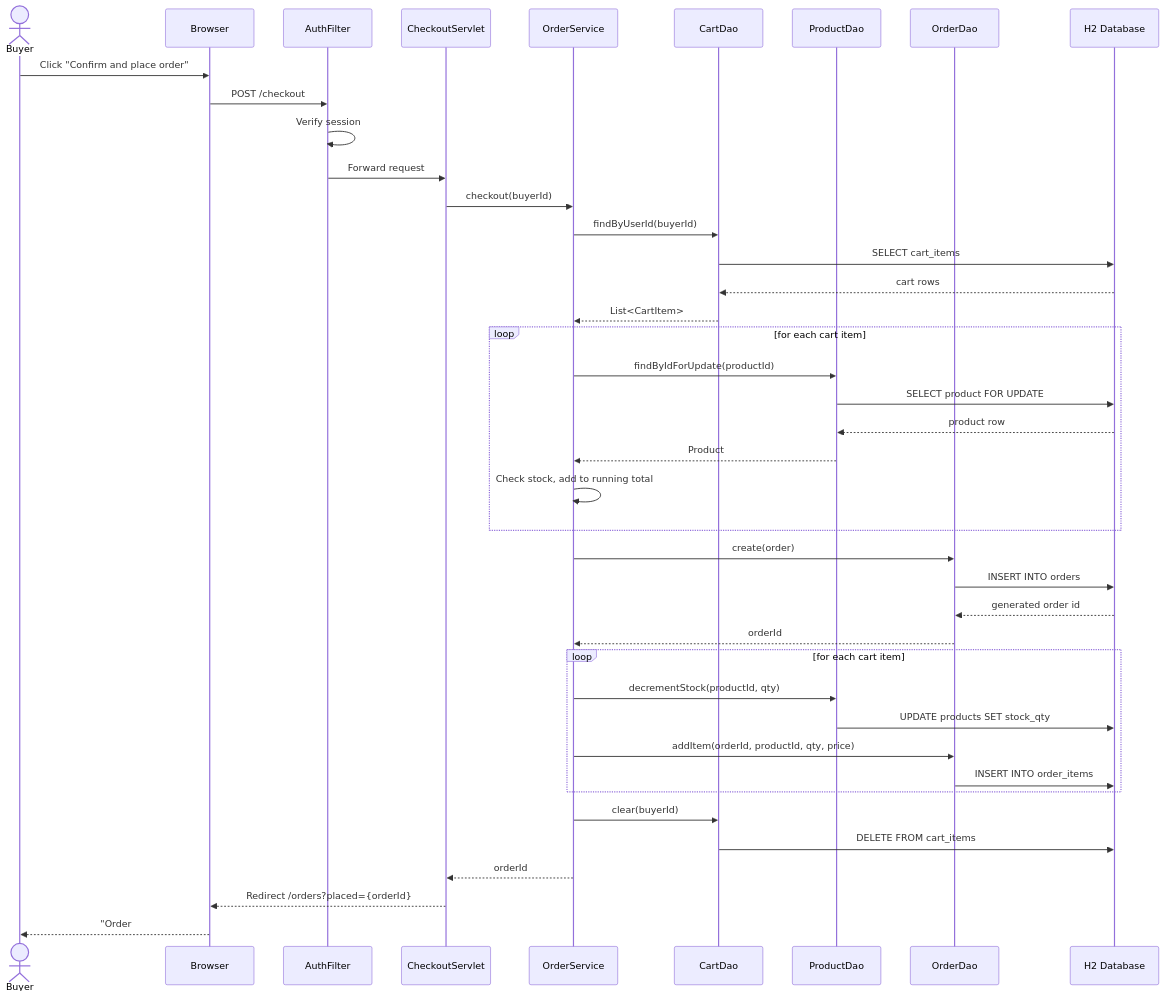
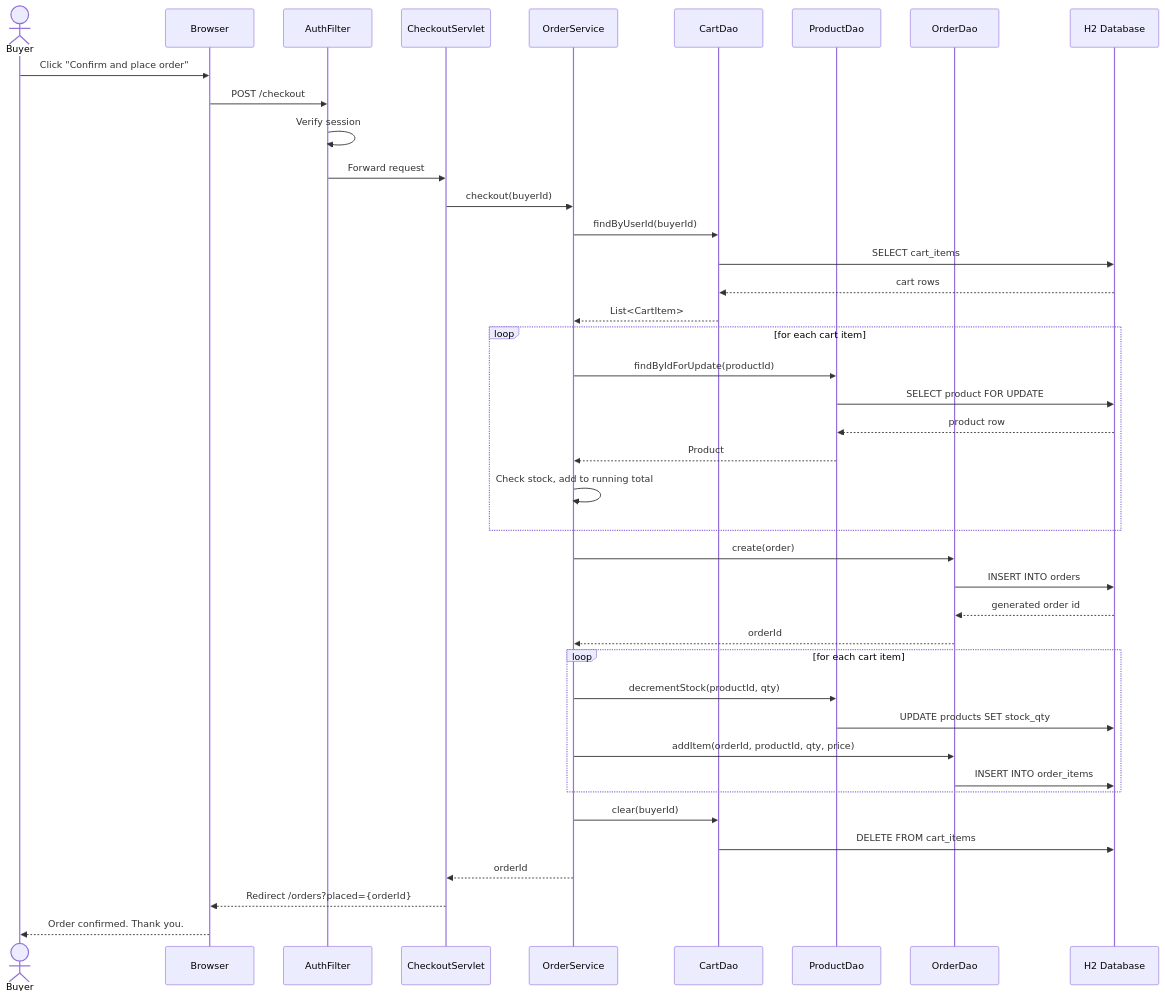
Before and after one commit to MahashriTA-sudo/Mahashri-mart: the diagram in docs/D3-Sequence-diagram.mermaid, drawn with Mermaid. The commit also changed 2 other files, not shown here.

Commit message:
docs: refresh ER diagram image and fix sequence diagram label

```diff
--- a/docs/D3-Sequence-diagram.mermaid
+++ b/docs/D3-Sequence-diagram.mermaid
@@ -1,48 +1,48 @@
 sequenceDiagram
     actor Buyer
     participant Browser
     participant AuthFilter
     participant CheckoutServlet
     participant OrderService
     participant CartDao
     participant ProductDao
     participant OrderDao
     participant Database as H2 Database
 
     Buyer->>Browser: Click "Confirm and place order"
     Browser->>AuthFilter: POST /checkout
     AuthFilter->>AuthFilter: Verify session
     AuthFilter->>CheckoutServlet: Forward request
     CheckoutServlet->>OrderService: checkout(buyerId)
 
     OrderService->>CartDao: findByUserId(buyerId)
     CartDao->>Database: SELECT cart_items
     Database-->>CartDao: cart rows
     CartDao-->>OrderService: List<CartItem>
 
     loop for each cart item
         OrderService->>ProductDao: findByIdForUpdate(productId)
         ProductDao->>Database: SELECT product FOR UPDATE
         Database-->>ProductDao: product row
         ProductDao-->>OrderService: Product
         OrderService->>OrderService: Check stock, add to running total
     end
 
     OrderService->>OrderDao: create(order)
     OrderDao->>Database: INSERT INTO orders
     Database-->>OrderDao: generated order id
     OrderDao-->>OrderService: orderId
 
     loop for each cart item
         OrderService->>ProductDao: decrementStock(productId, qty)
         ProductDao->>Database: UPDATE products SET stock_qty
         OrderService->>OrderDao: addItem(orderId, productId, qty, price)
         OrderDao->>Database: INSERT INTO order_items
     end
 
     OrderService->>CartDao: clear(buyerId)
     CartDao->>Database: DELETE FROM cart_items
 
     OrderService-->>CheckoutServlet: orderId
     CheckoutServlet-->>Browser: Redirect /orders?placed={orderId}
-    Browser-->>Buyer: "Order #N confirmed. Thank you."
+    Browser-->>Buyer: Order confirmed. Thank you.
```
